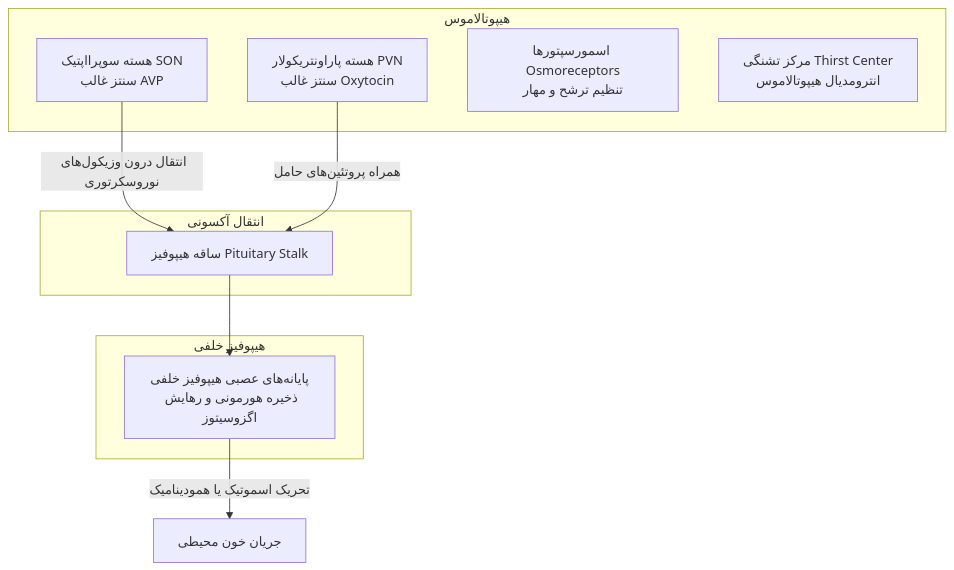
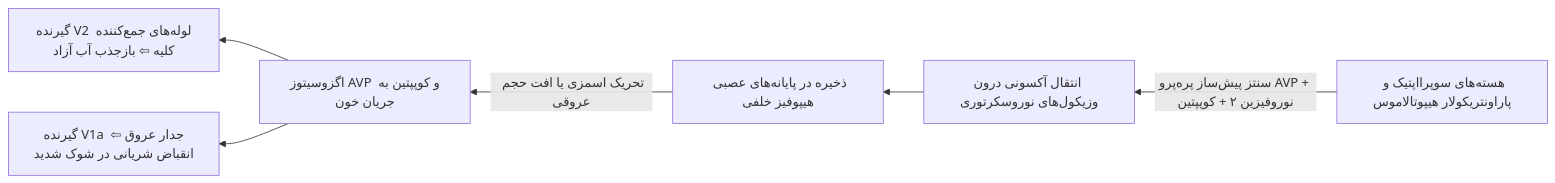
Before and after one commit to neopulse-hub/TUMS-1402-1-neo: the second of 8 diagrams in 07/مبانی غدد/هیپوفیز خلفی.md, drawn with Mermaid. The commit also changed other lines of this file, not shown here.

Commit message:
Update هیپوفیز خلفی.md

````diff
--- a/07/مبانی غدد/هیپوفیز خلفی.md
+++ b/07/مبانی غدد/هیپوفیز خلفی.md
@@ -15,20 +25,8 @@
 ```mermaid
-flowchart TD
-    subgraph Hypothalamus [هیپوتالاموس]
-        SON[هسته سوپرااپتیک SON<br>سنتز غالب AVP]
-        PVN[هسته پاراونتریکولار PVN<br>سنتز غالب Oxytocin]
-        Osm[اسمورسپتورها Osmoreceptors<br>تنظیم ترشح و مهار]
-        Thirst[مرکز تشنگی Thirst Center<br>انترومدیال هیپوتالاموس]
-    end
-
-    subgraph Axonal_Transport [انتقال آکسونی]
-        SON -->|انتقال درون وزیکول‌های نوروسکرتوری| Stalk[ساقه هیپوفیز Pituitary Stalk]
-        PVN -->|همراه پروتئین‌های حامل| Stalk
-    end
-
-    subgraph Posterior_Pituitary [هیپوفیز خلفی]
-        Stalk --> PP_Terminals[پایانه‌های عصبی هیپوفیز خلفی<br>ذخیره هورمونی و رهایش اگزوسیتوز]
-    end
-
-    PP_Terminals -->|تحریک اسموتیک یا همودینامیک| Circulation[جریان خون محیطی]
+flowchart RL
+    Hypo[هسته‌های سوپرااپتیک و پاراونتریکولار هیپوتالاموس] -->|سنتز پیش‌ساز پره‌پرو AVP + نوروفیزین ۲ + کوپپتین| Axon[انتقال آکسونی درون وزیکول‌های نوروسکرتوری]
+    Axon --> PostPit[ذخیره در پایانه‌های عصبی هیپوفیز خلفی]
+    PostPit -->|تحریک اسمزی یا افت حجم عروقی| Exocytosis[اگزوسیتوز AVP و کوپپتین به جریان خون]
+    Exocytosis --> V2[گیرنده V2 لوله‌های جمع‌کننده کلیه ⇦ بازجذب آب آزاد]
+    Exocytosis --> V1a[گیرنده V1a جدار عروق ⇦ انقباض شریانی در شوک شدید]
 ```
````
